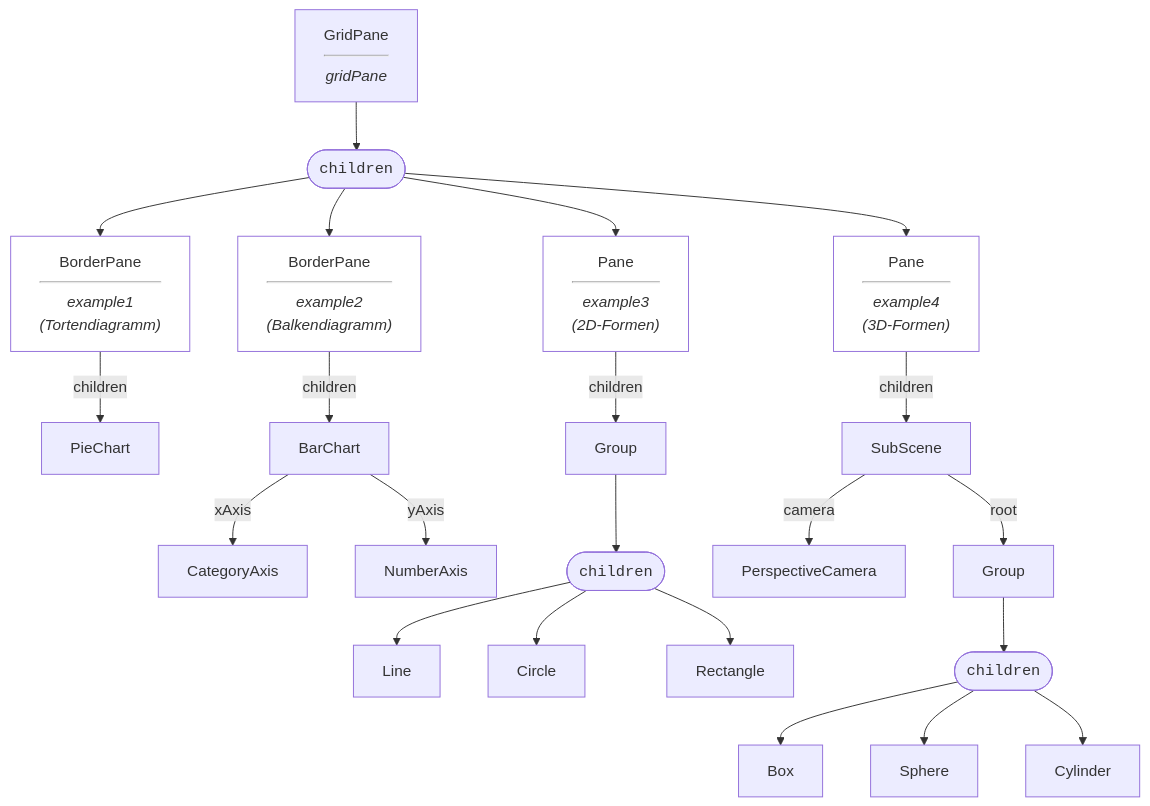
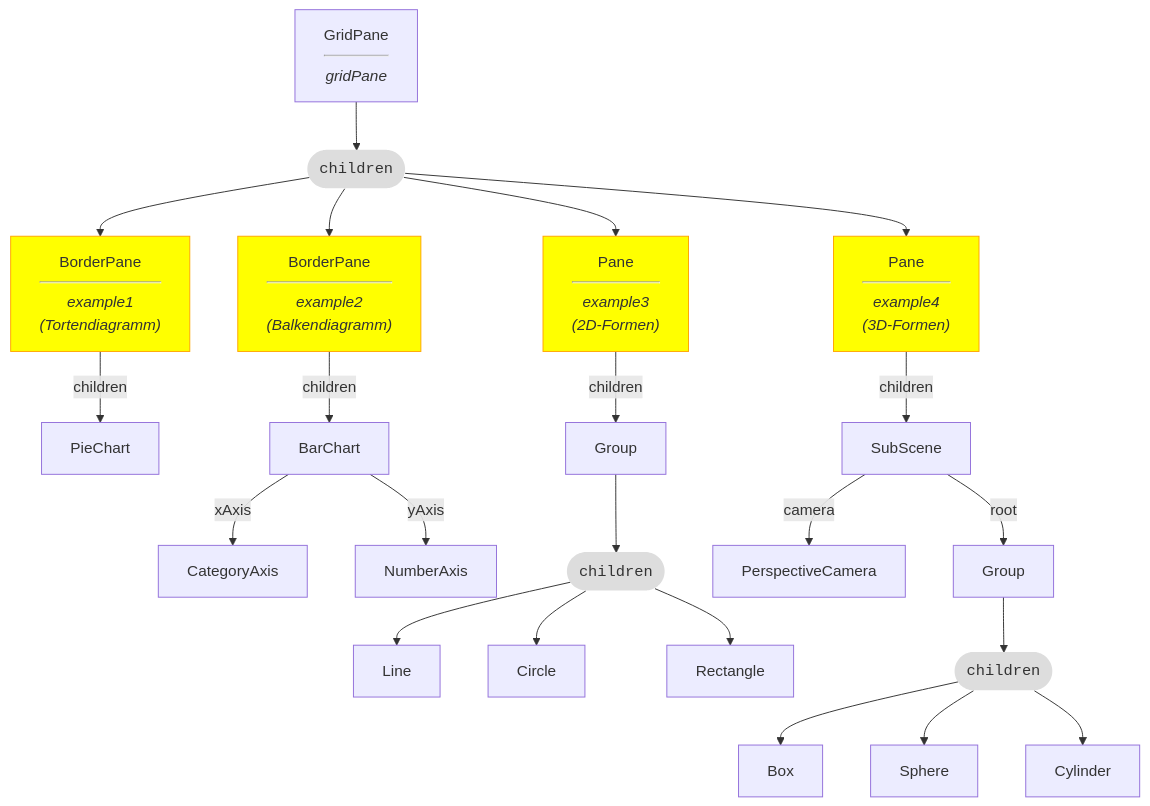
The diagram in Quellen/GUI-Visualisierung/Scene.mmd (ghackenberg/kurs-java-programmierung), drawn with Mermaid before and after one commit. The commit also changed 9 other files, not shown here.

```diff
--- a/Quellen/GUI-Visualisierung/Scene.mmd
+++ b/Quellen/GUI-Visualisierung/Scene.mmd
@@ -1,39 +1,44 @@
 flowchart
 
     GridPane["GridPane<hr/><i>gridPane</i>"] --> Children1(["<code>children</code>"])
 
     Children1 --> BorderPane2["BorderPane<hr/><i>example1<br/>(Tortendiagramm)</i>"]
     Children1 --> BorderPane3["BorderPane<hr/><i>example2<br/>(Balkendiagramm)</i>"]
     Children1 --> Pane1["Pane<hr/><i>example3<br/>(2D-Formen)</i>"]
     Children1 --> Pane2["Pane<hr/><i>example4<br/>(3D-Formen)</i>"]
 
     BorderPane2 --children--> PieChart
     
     BorderPane3 --children--> BarChart
 
     BarChart --"xAxis"--> CategoryAxis
     BarChart --yAxis--> NumberAxis
 
     Pane1 --children--> Group1["Group"]
 
     Group1 --> Children2(["<code>children</code>"])
 
     Children2 --> Line
     Children2 --> Circle
     Children2 --> Rectangle
     
     Pane2 --children--> SubScene
     
     SubScene --camera--> PerspectiveCamera
     SubScene --root--> Group2["Group"]
 
     Group2 --> Children3(["<code>children</code>"])
 
     Children3 --> Box
     Children3 --> Sphere
     Children3 --> Cylinder
 
-    style BorderPane2 fill:white
-    style BorderPane3 fill:white
-    style Pane1 fill:white
-    style Pane2 fill:white
+    style BorderPane2 fill:yellow,stroke:orange
+    style BorderPane3 fill:yellow,stroke:orange
+
+    style Pane1 fill:yellow,stroke:orange
+    style Pane2 fill:yellow,stroke:orange
+
+    style Children1 fill:#ddd,stroke:none
+    style Children2 fill:#ddd,stroke:none
+    style Children3 fill:#ddd,stroke:none
```
